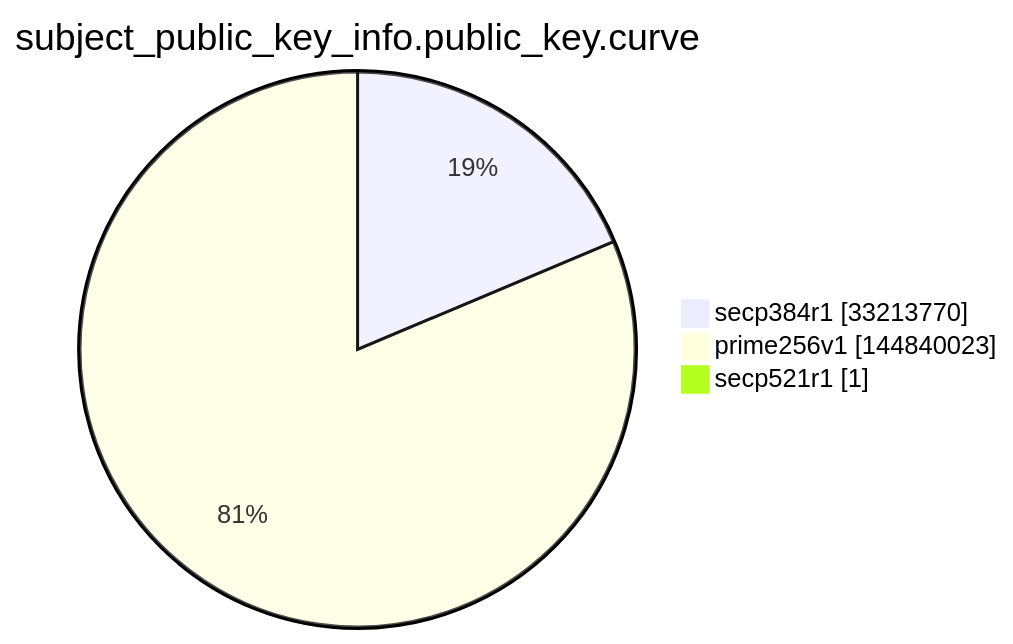
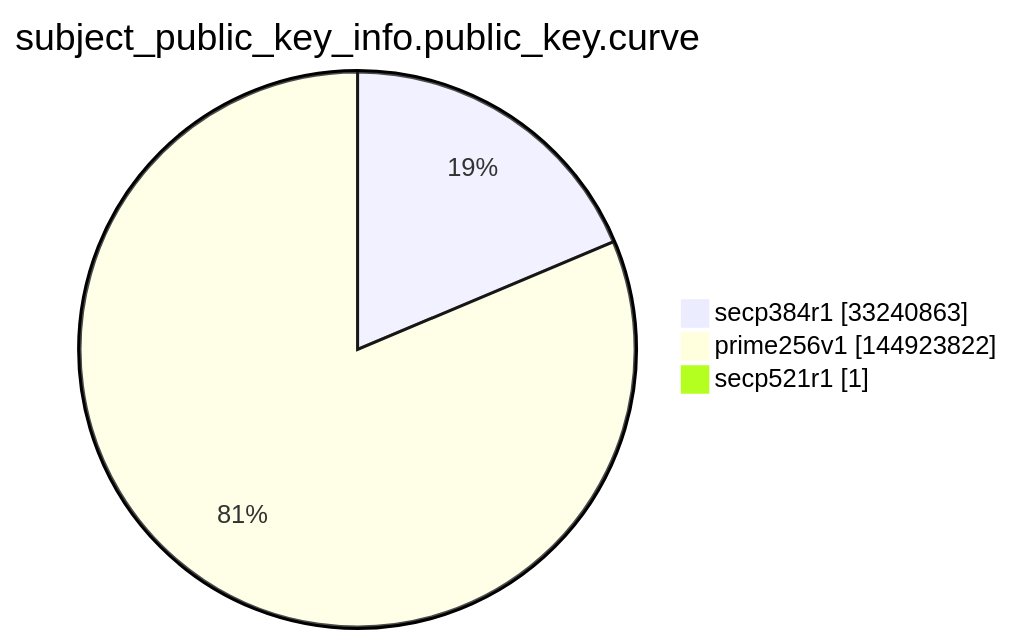
The ninth of 15 diagrams in argon2022/README.md (christiankrug/ctmonitor_visualization), drawn with Mermaid before and after one commit. The commit also changed other lines of this file, not shown here.

````diff
--- a/argon2022/README.md
+++ b/argon2022/README.md
@@ -2764,7 +2764,7 @@
 ```mermaid
 pie showData
 title subject_public_key_info.public_key.curve
-"secp384r1" :33213770
-"prime256v1" :144840023
+"secp384r1" :33240863
+"prime256v1" :144923822
 "secp521r1" :1
 ```
````
